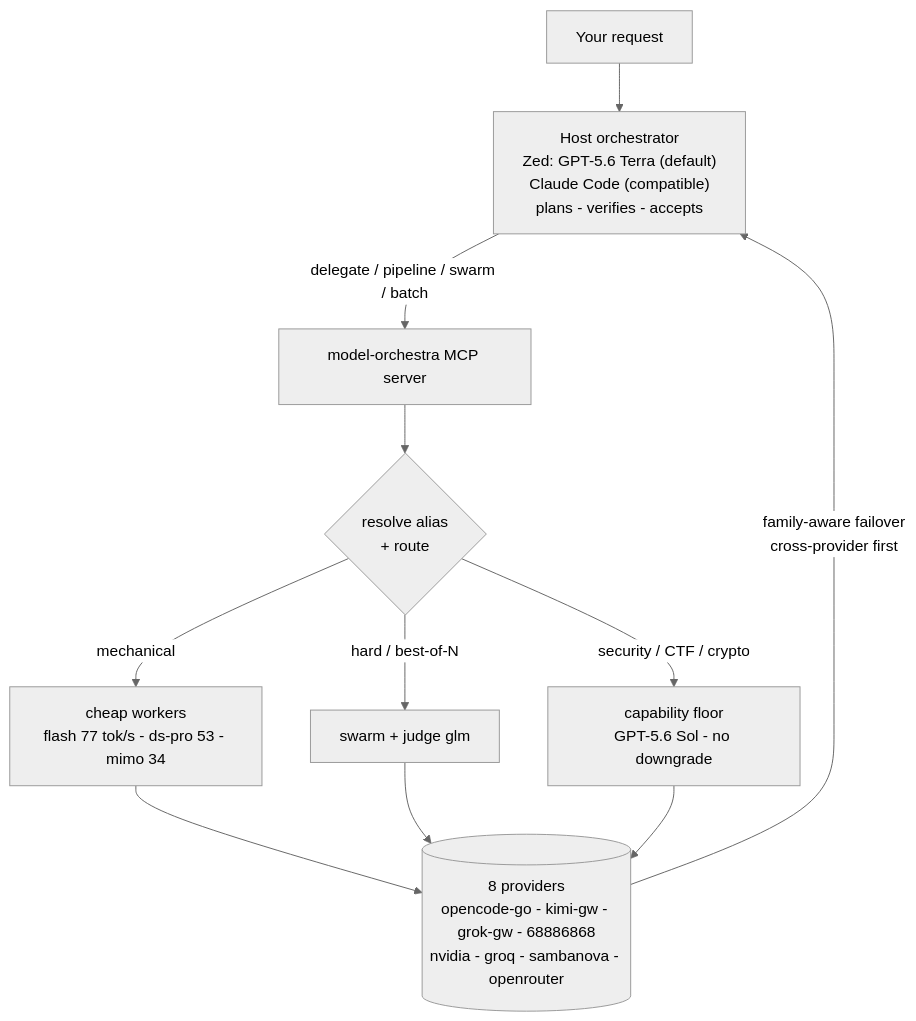
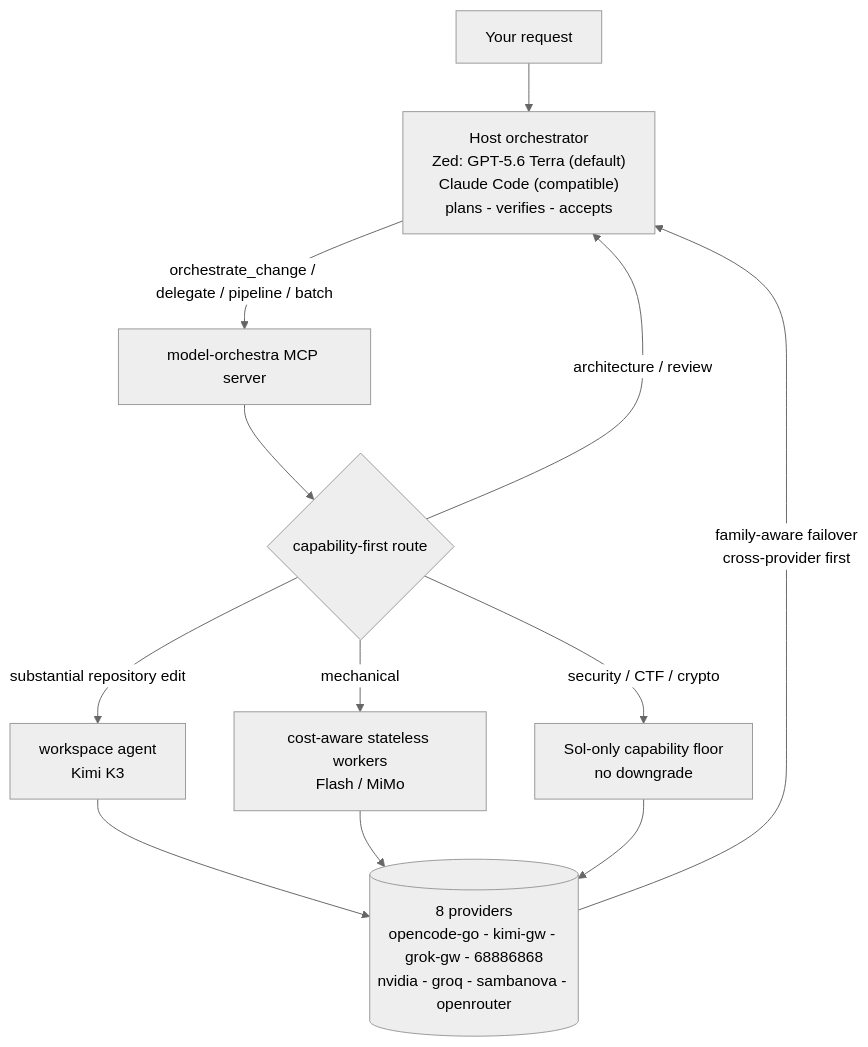
One commit to saktisadhana/model-orchestra changed the first of 5 diagrams in README.md. Above: the diagram before and after it, drawn with Mermaid (neutral theme). The commit also changed other lines of this file and 58 other files, not shown here.

````diff
--- a/README.md
+++ b/README.md
@@ -17,13 +17,14 @@
 ```mermaid
 flowchart TD
     U[Your request] --> H["Host orchestrator<br/>Zed: GPT-5.6 Terra (default)<br/>Claude Code (compatible)<br/>plans - verifies - accepts"]
-    H -->|"delegate / pipeline / swarm / batch"| MCP[model-orchestra MCP server]
-    MCP --> R{"resolve alias<br/>+ route"}
-    R -->|mechanical| CHEAP["cheap workers<br/>flash 77 tok/s - ds-pro 53 - mimo 34"]
-    R -->|"hard / best-of-N"| SW["swarm + judge glm"]
-    R -->|"security / CTF / crypto"| STRONG["capability floor<br/>GPT-5.6 Sol - no downgrade"]
-    CHEAP --> P[("8 providers<br/>opencode-go - kimi-gw - grok-gw - 68886868<br/>nvidia - groq - sambanova - openrouter")]
-    SW --> P
+    H -->|"orchestrate_change / delegate / pipeline / batch"| MCP[model-orchestra MCP server]
+    MCP --> R{"capability-first route"}
+    R -->|"substantial repository edit"| K3["workspace agent<br/>Kimi K3"]
+    R -->|mechanical| CHEAP["cost-aware stateless workers<br/>Flash / MiMo"]
+    R -->|"architecture / review"| H
+    R -->|"security / CTF / crypto"| STRONG["Sol-only capability floor<br/>no downgrade"]
+    K3 --> P[("8 providers<br/>opencode-go - kimi-gw - grok-gw - 68886868<br/>nvidia - groq - sambanova - openrouter")]
+    CHEAP --> P
     STRONG --> P
     P -->|"family-aware failover<br/>cross-provider first"| H
 ```
````
